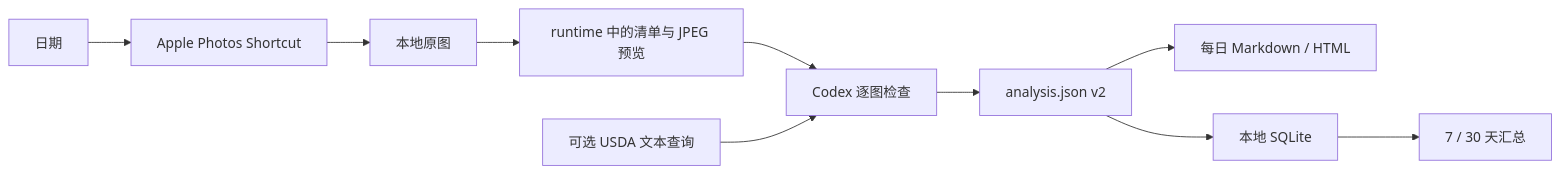
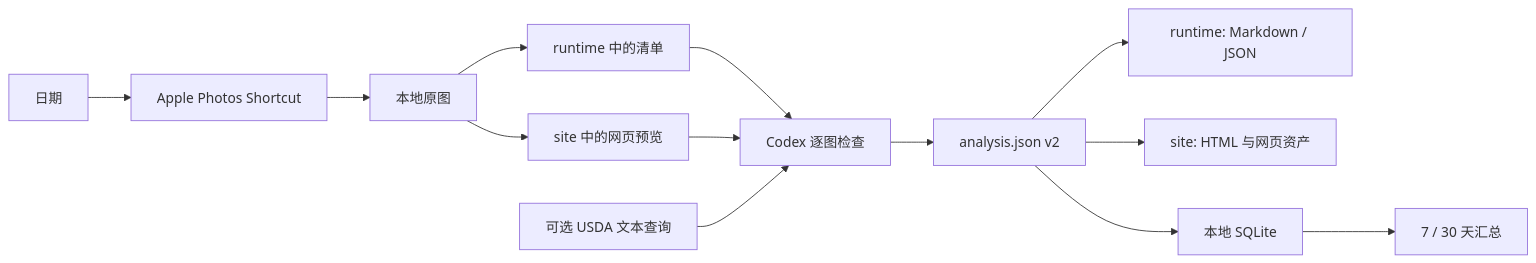
The diagram in README.md (imathwy/health), drawn with Mermaid before and after one commit. The commit also changed other lines of this file and 15 other files, not shown here.

````diff
--- a/README.md
+++ b/README.md
@@ -5,12 +5,15 @@
 ```mermaid
 flowchart LR
     A[日期] --> B[Apple Photos Shortcut]
     B --> C[本地原图]
-    C --> D[runtime 中的清单与 JPEG 预览]
+    C --> D[runtime 中的清单]
+    C --> P[site 中的网页预览]
     D --> E[Codex 逐图检查]
+    P --> E
     U[可选 USDA 文本查询] --> E
     E --> F[analysis.json v2]
-    F --> G[每日 Markdown / HTML]
+    F --> G[runtime: Markdown / JSON]
+    F --> W[site: HTML 与网页资产]
     F --> H[本地 SQLite]
     H --> I[7 / 30 天汇总]
 ```
````
